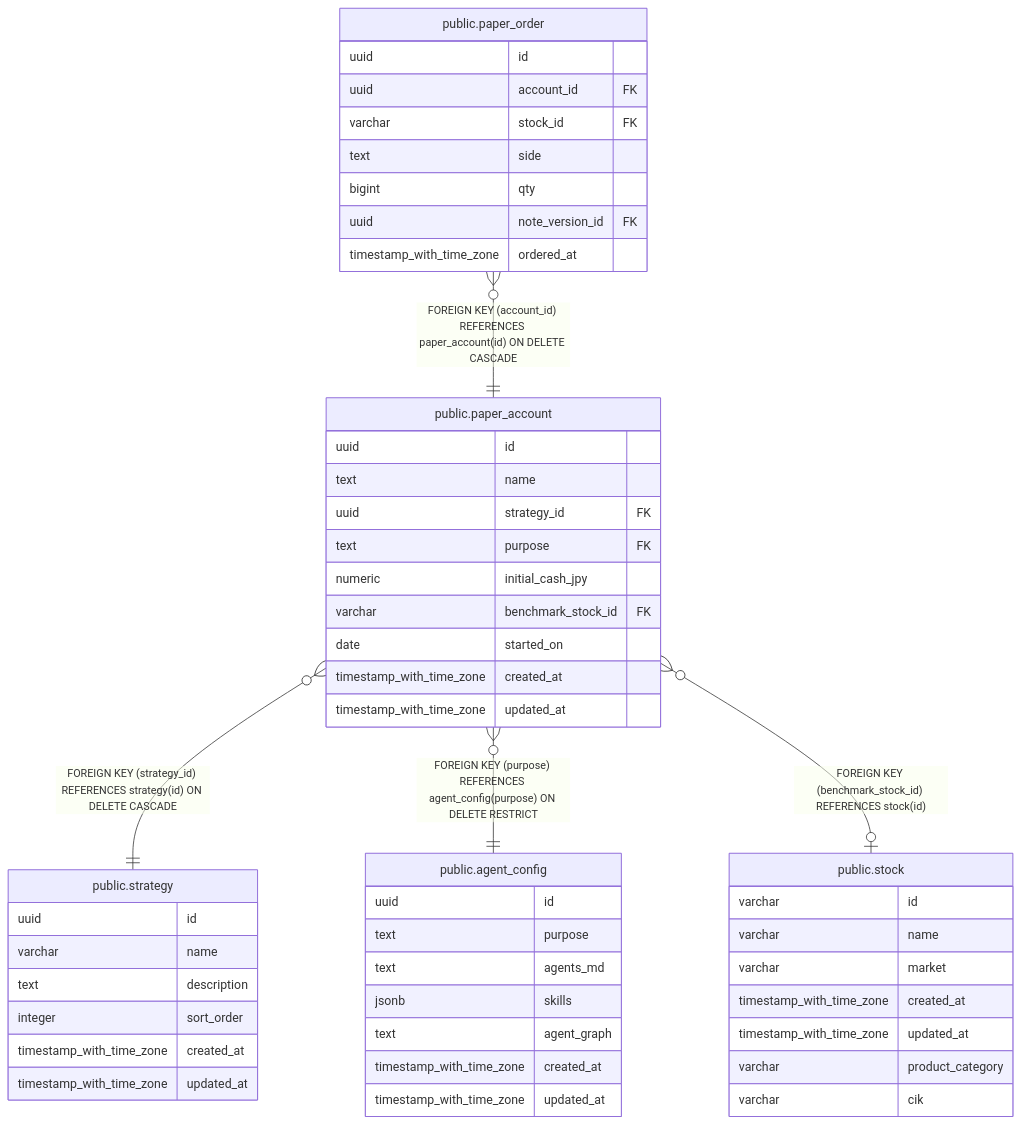
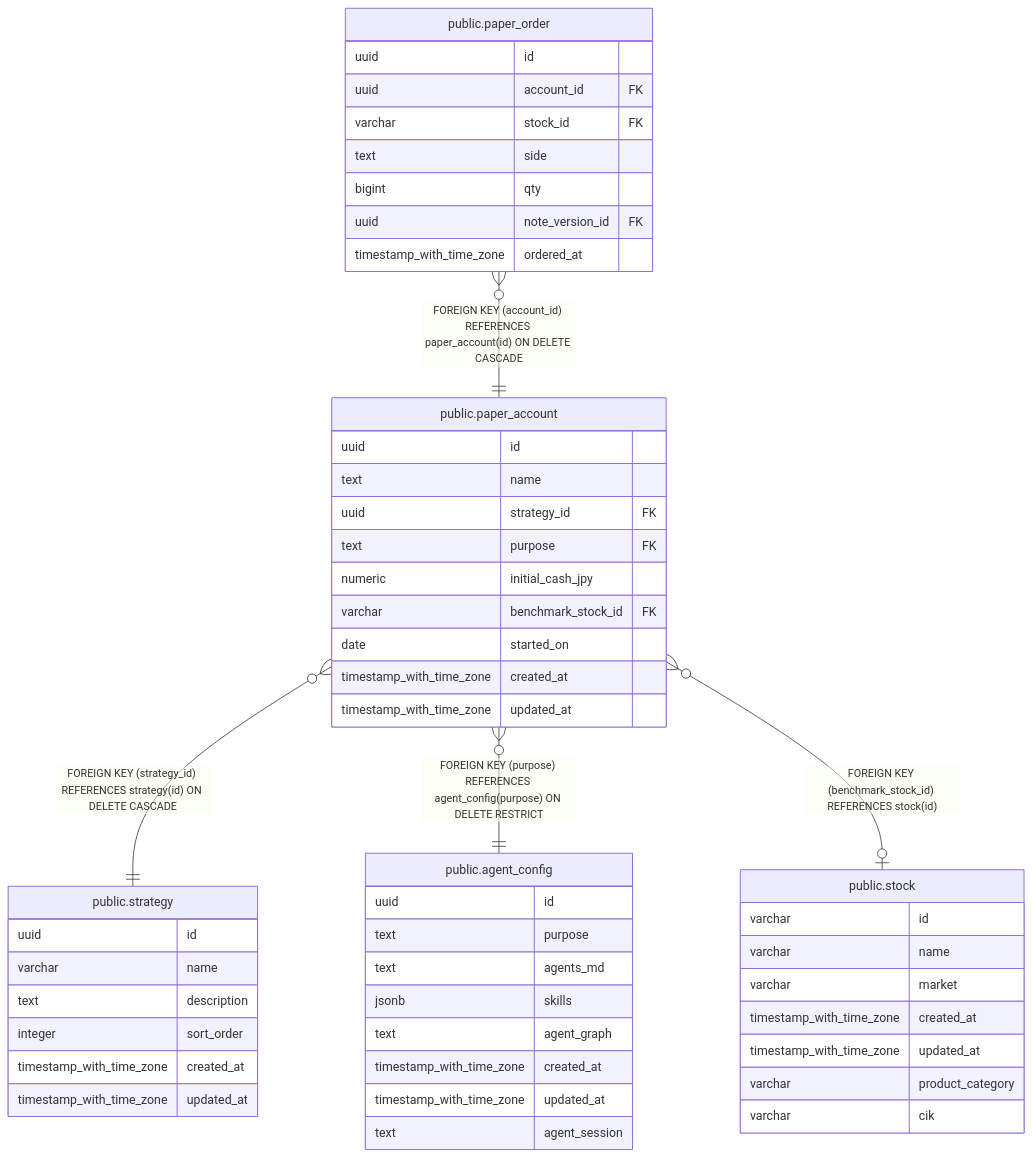
One commit to fohte/t-rader changed the diagram in backend/docs/db/public.paper_account.md. Above: the diagram before and after it, drawn with Mermaid. The commit also changed 3 other files, not shown here.

````diff
--- a/backend/docs/db/public.paper_account.md
+++ b/backend/docs/db/public.paper_account.md
@@ -52,55 +52,56 @@
 ```mermaid
 erDiagram
 
 "public.paper_order" }o--|| "public.paper_account" : "FOREIGN KEY (account_id) REFERENCES paper_account(id) ON DELETE CASCADE"
 "public.paper_account" }o--|| "public.strategy" : "FOREIGN KEY (strategy_id) REFERENCES strategy(id) ON DELETE CASCADE"
 "public.paper_account" }o--|| "public.agent_config" : "FOREIGN KEY (purpose) REFERENCES agent_config(purpose) ON DELETE RESTRICT"
 "public.paper_account" }o--o| "public.stock" : "FOREIGN KEY (benchmark_stock_id) REFERENCES stock(id)"
 
 "public.paper_account" {
   uuid id
   text name
   uuid strategy_id FK
   text purpose FK
   numeric initial_cash_jpy
   varchar benchmark_stock_id FK
   date started_on
   timestamp_with_time_zone created_at
   timestamp_with_time_zone updated_at
 }
 "public.paper_order" {
   uuid id
   uuid account_id FK
   varchar stock_id FK
   text side
   bigint qty
   uuid note_version_id FK
   timestamp_with_time_zone ordered_at
 }
 "public.strategy" {
   uuid id
   varchar name
   text description
   integer sort_order
   timestamp_with_time_zone created_at
   timestamp_with_time_zone updated_at
 }
 "public.agent_config" {
   uuid id
   text purpose
   text agents_md
   jsonb skills
   text agent_graph
   timestamp_with_time_zone created_at
   timestamp_with_time_zone updated_at
+  text agent_session
 }
 "public.stock" {
   varchar id
   varchar name
   varchar market
   timestamp_with_time_zone created_at
   timestamp_with_time_zone updated_at
   varchar product_category
   varchar cik
 }
 ```
````
